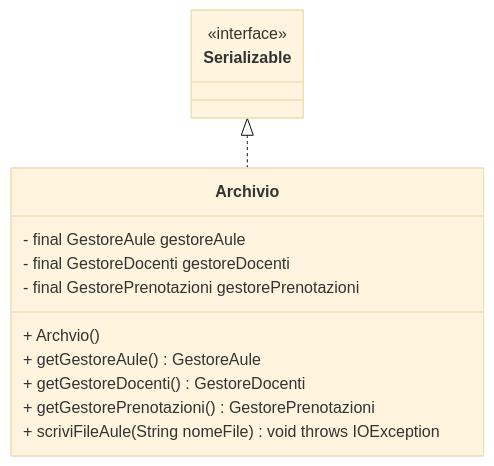
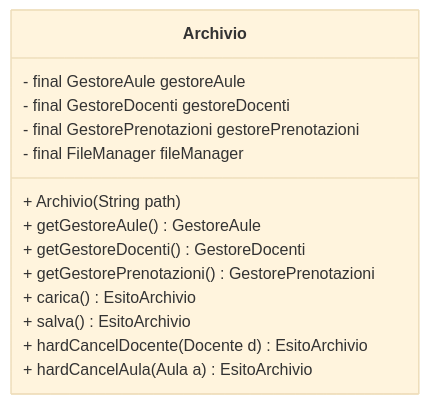
Before and after one commit to gcarbone48/PrenotazioneAule5: the diagram in diagrams/class diagrams/archivioClassDiagram.md, drawn with Mermaid (base theme).

Commit message:
FEAT: archivio

````diff
--- a/diagrams/class diagrams/archivioClassDiagram.md
+++ b/diagrams/class diagrams/archivioClassDiagram.md
@@ -1,24 +1,41 @@
 ```mermaid
 classDiagram
-
-    class Serializable {
-             <<interface>>
-    }
-
-    Serializable <|.. Archivio
 
     class Archivio{
     - final GestoreAule gestoreAule
     - final GestoreDocenti gestoreDocenti
     - final GestorePrenotazioni gestorePrenotazioni
+    - final FileManager fileManager
+    
+    %% path è il percorso del fileManager
 
-    + Archvio()
+    + Archivio(String path)
+    
     %% getter
     + getGestoreAule() GestoreAule
     + getGestoreDocenti() GestoreDocenti
     + getGestorePrenotazioni() GestorePrenotazioni
 
-    + scriviFileAule(String nomeFile) void throws IOException
+    %% qui contatta il fileManager 
+
+    + carica() EsitoArchivio
+    + salva() EsitoArchivio
+
+    %% hardCancelDocente chiama la rimozione docente di GestoreDocenti e la rimozione prenotazioni
+    %% associate a docente di GestorePrenotazioni
+
+    + hardCancelDocente(Docente d) EsitoArchivio
+
+    %% hardCancelAula chiama la rimozione aula di GestoreAule e la rimozione prenotazioni
+    %% associate a aula di GestorePrenotazioni
+
+    + hardCancelAula(Aula a) EsitoArchivio
+
+    %% wrapping di GestoreAule
+
+    
+
+    
     }
 
 ```
````
